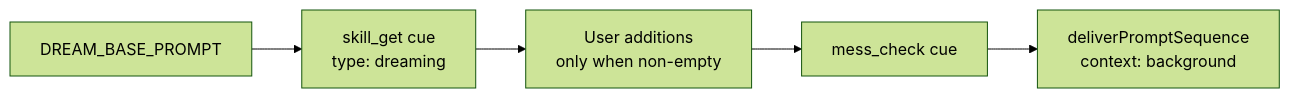
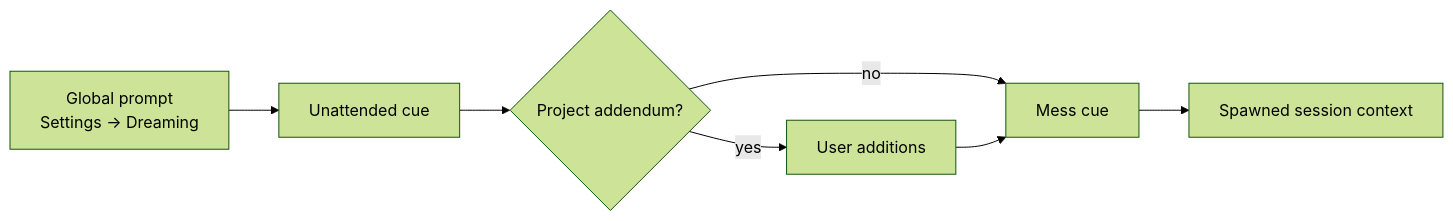
Before and after one commit to PetePeter/helm: the first of 2 diagrams in docs/dreaming.md, drawn with Mermaid (forest theme). The commit also changed other lines of this file and 38 other files, not shown here.

First line of the commit message:
feat(dreaming,auto-memory): Settings → Dreaming page; learnt items grouped per item

````diff
--- a/docs/dreaming.md
+++ b/docs/dreaming.md
@@ -11,7 +11,9 @@
 ```mermaid
-graph LR
-    B[DREAM_BASE_PROMPT] --> S[skill_get cue<br/>type: dreaming]
-    S --> U[User additions<br/>only when non-empty]
-    U --> M[mess_check cue]
-    M --> D[deliverPromptSequence<br/>context: background]
+flowchart LR
+    GP[Global prompt<br/>Settings → Dreaming] --> UC[Unattended cue]
+    UC --> ADDQ{Project addendum?}
+    ADDQ -->|yes| ADD[User additions]
+    ADDQ -->|no| MC[Mess cue]
+    ADD --> MC
+    MC --> CTX[Spawned session context]
 ```
````
